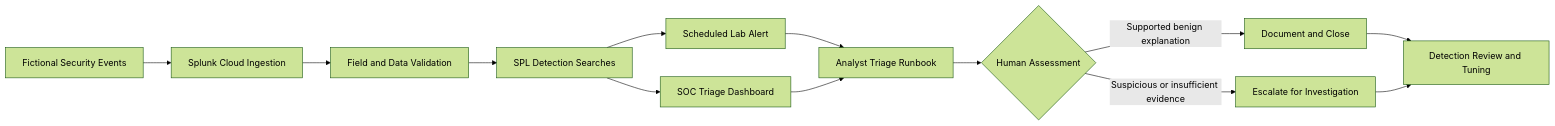
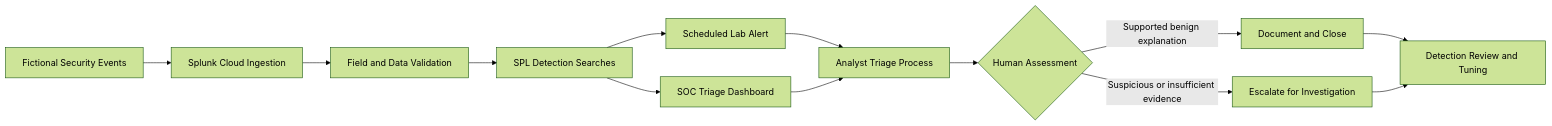
One commit to Mohana-Pri0/IT-and-Cybersecurity-Portfolio changed the diagram in Home-Lab/Splunk Detection Engineering & SOC Alert Triage Lab/README.md. Above: the diagram before and after it, drawn with Mermaid (forest theme). The commit also changed other lines of this file, not shown here.

````diff
--- a/Home-Lab/Splunk Detection Engineering & SOC Alert Triage Lab/README.md
+++ b/Home-Lab/Splunk Detection Engineering & SOC Alert Triage Lab/README.md
@@ -75,15 +103,15 @@
 ```mermaid
 flowchart LR
     A[Fictional Security Events] --> B[Splunk Cloud Ingestion]
     B --> C[Field and Data Validation]
     C --> D[SPL Detection Searches]
     D --> E[Scheduled Lab Alert]
     D --> F[SOC Triage Dashboard]
-    E --> G[Analyst Triage Runbook]
+    E --> G[Analyst Triage Process]
     F --> G
     G --> H{Human Assessment}
     H -->|Supported benign explanation| I[Document and Close]
     H -->|Suspicious or insufficient evidence| J[Escalate for Investigation]
     I --> K[Detection Review and Tuning]
     J --> K
 ```
````
